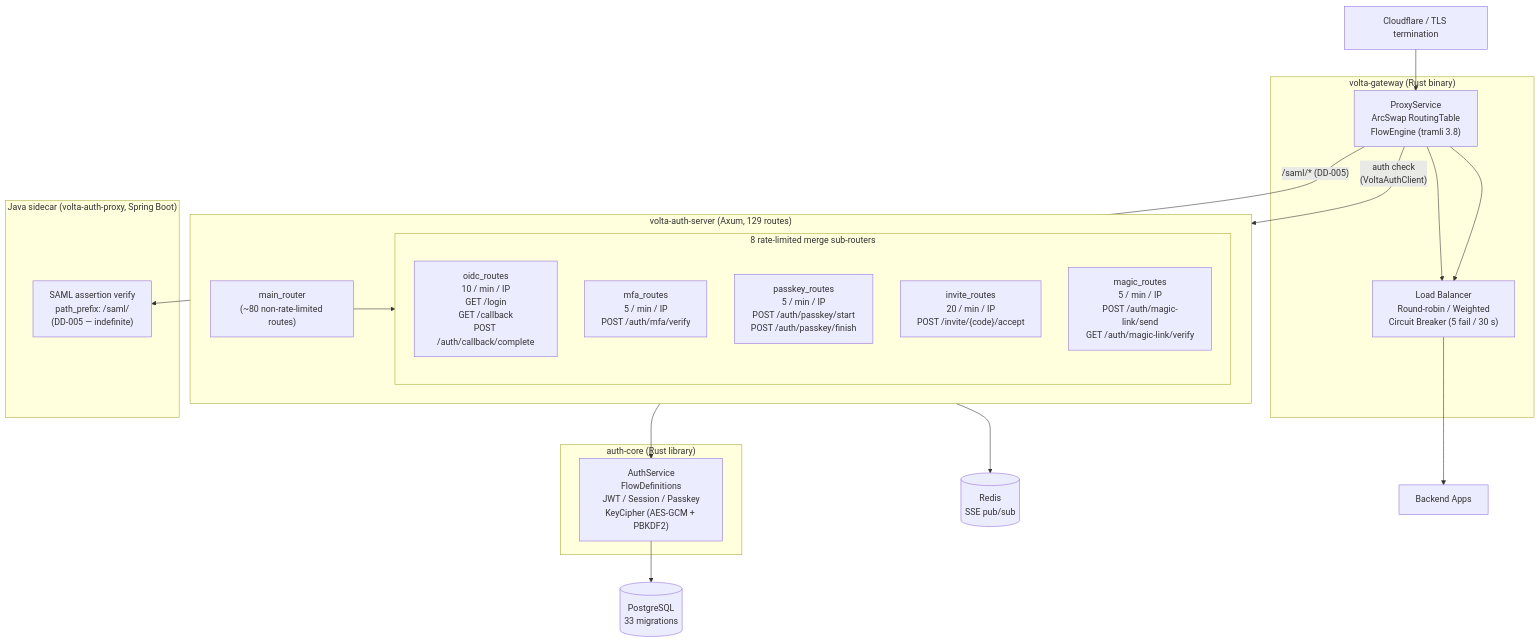
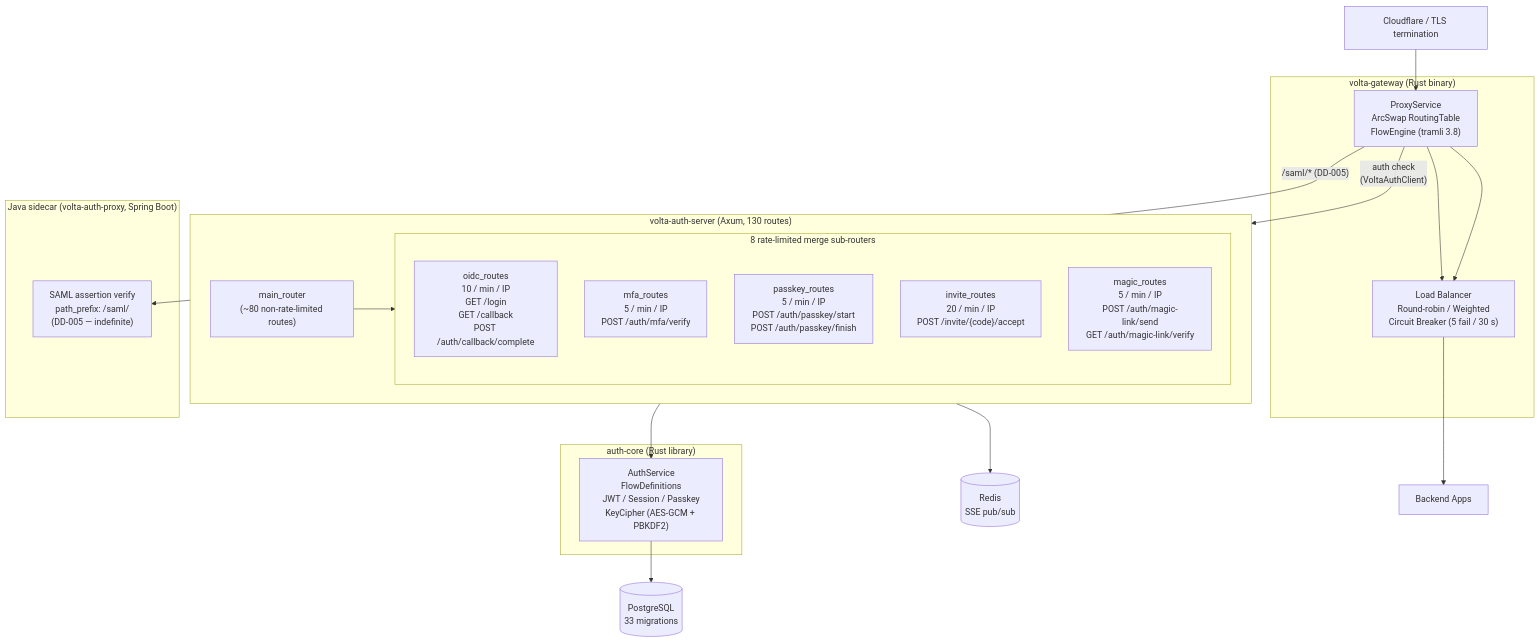
The seventh of 11 diagrams in spec/SPEC.md (opaopa6969/volta-gateway), drawn with Mermaid before and after one commit. The commit also changed other lines of this file and 9 other files, not shown here.

````diff
--- a/spec/SPEC.md
+++ b/spec/SPEC.md
@@ -1967,44 +1968,44 @@
 ```mermaid
 graph TB
     CF["Cloudflare / TLS termination"]
 
     subgraph volta-gateway ["volta-gateway (Rust binary)"]
         GW["ProxyService<br/>ArcSwap RoutingTable<br/>FlowEngine (tramli 3.8)"]
         LB["Load Balancer<br/>Round-robin / Weighted<br/>Circuit Breaker (5 fail / 30 s)"]
     end
 
-    subgraph auth-server ["volta-auth-server (Axum, 129 routes)"]
+    subgraph auth-server ["volta-auth-server (Axum, 130 routes)"]
         MAIN["main_router<br/>(~80 non-rate-limited routes)"]
 
         subgraph rate_limited ["8 rate-limited merge sub-routers"]
             OIDC["oidc_routes<br/>10 / min / IP<br/>GET /login<br/>GET /callback<br/>POST /auth/callback/complete"]
             MFA["mfa_routes<br/>5 / min / IP<br/>POST /auth/mfa/verify"]
             PK["passkey_routes<br/>5 / min / IP<br/>POST /auth/passkey/start<br/>POST /auth/passkey/finish"]
             INV["invite_routes<br/>20 / min / IP<br/>POST /invite/{code}/accept"]
             ML["magic_routes<br/>5 / min / IP<br/>POST /auth/magic-link/send<br/>GET /auth/magic-link/verify"]
         end
 
         MAIN --> rate_limited
     end
 
     subgraph java_sidecar ["Java sidecar (volta-auth-proxy, Spring Boot)"]
         SAML["SAML assertion verify<br/>path_prefix: /saml/<br/>(DD-005 — indefinite)"]
     end
 
     subgraph auth-core ["auth-core (Rust library)"]
         AC["AuthService<br/>FlowDefinitions<br/>JWT / Session / Passkey<br/>KeyCipher (AES-GCM + PBKDF2)"]
     end
 
     PG[("PostgreSQL<br/>33 migrations")]
     REDIS[("Redis<br/>SSE pub/sub")]
     BACKENDS["Backend Apps"]
 
     CF --> GW
     GW --> LB
     GW -->|"/saml/* (DD-005)"| SAML
     GW -->|"auth check<br/>(VoltaAuthClient)"| auth-server
     GW --> LB --> BACKENDS
     auth-server --> AC
     AC --> PG
     auth-server --> REDIS
 ```
````
